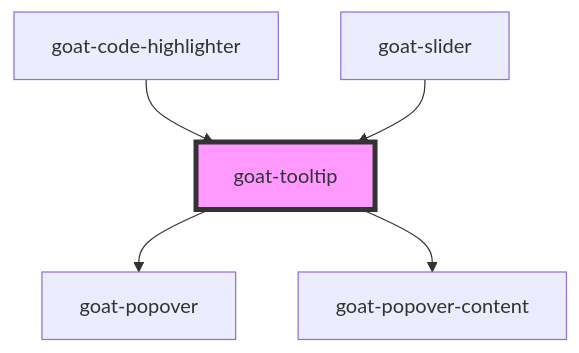
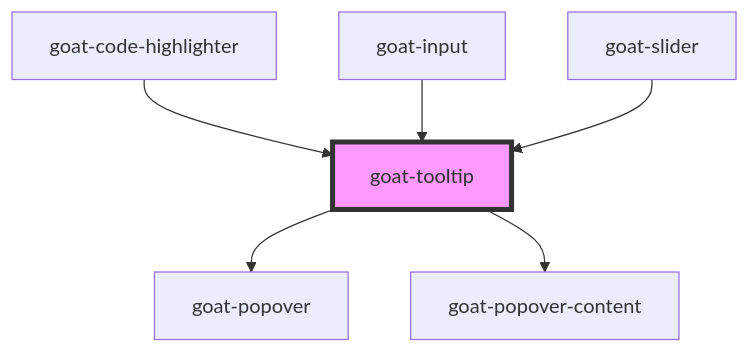
One commit to goatui/components changed the diagram in src/components/informational/popover/tooltip/readme.md. Above: the diagram before and after it, drawn with Mermaid. The commit also changed other lines of this file and 22 other files, not shown here.

````diff
--- a/src/components/informational/popover/tooltip/readme.md
+++ b/src/components/informational/popover/tooltip/readme.md
@@ -30,8 +31,9 @@
 ```mermaid
 graph TD;
   goat-tooltip --> goat-popover
   goat-tooltip --> goat-popover-content
   goat-code-highlighter --> goat-tooltip
+  goat-input --> goat-tooltip
   goat-slider --> goat-tooltip
   style goat-tooltip fill:#f9f,stroke:#333,stroke-width:4px
 ```
````
